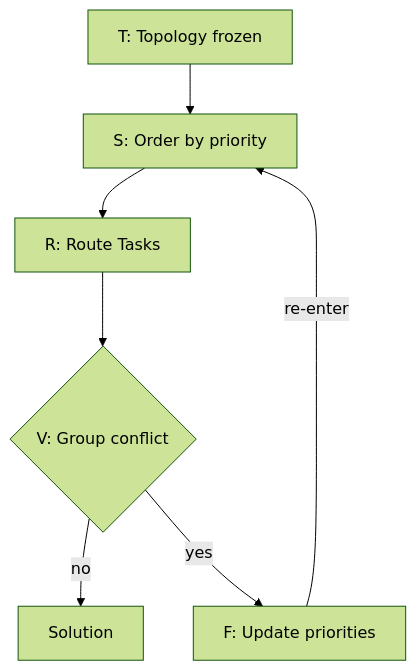
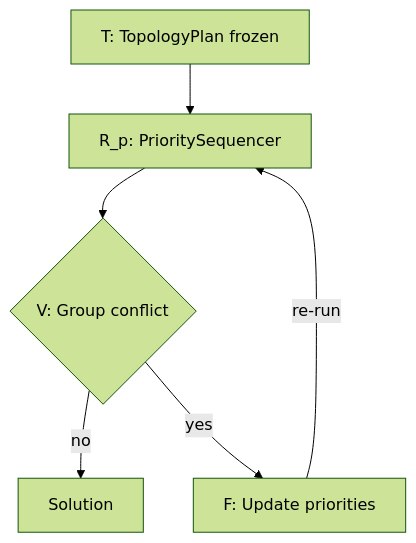
One commit to bladesaber/MAPF_Pipeline changed the second of 4 diagrams in pipe_design/ROADMAP.md. Above: the diagram before and after it, drawn with Mermaid (forest theme). The commit also changed other lines of this file and 25 other files, not shown here.

````diff
--- a/pipe_design/ROADMAP.md
+++ b/pipe_design/ROADMAP.md
@@ -428,9 +433,8 @@
 ```mermaid
 flowchart TD
-  T[T: Topology frozen] --> S[S: Order by priority]
-  S --> R[R: Route Tasks]
-  R --> V{V: Group conflict}
+  T[T: TopologyPlan frozen] --> Rp[R_p: PrioritySequencer]
+  Rp --> V{V: Group conflict}
   V -->|no| Sol[Solution]
   V -->|yes| F[F: Update priorities]
-  F -->|re-enter| S
+  F -->|re-run| Rp
 ```
````
